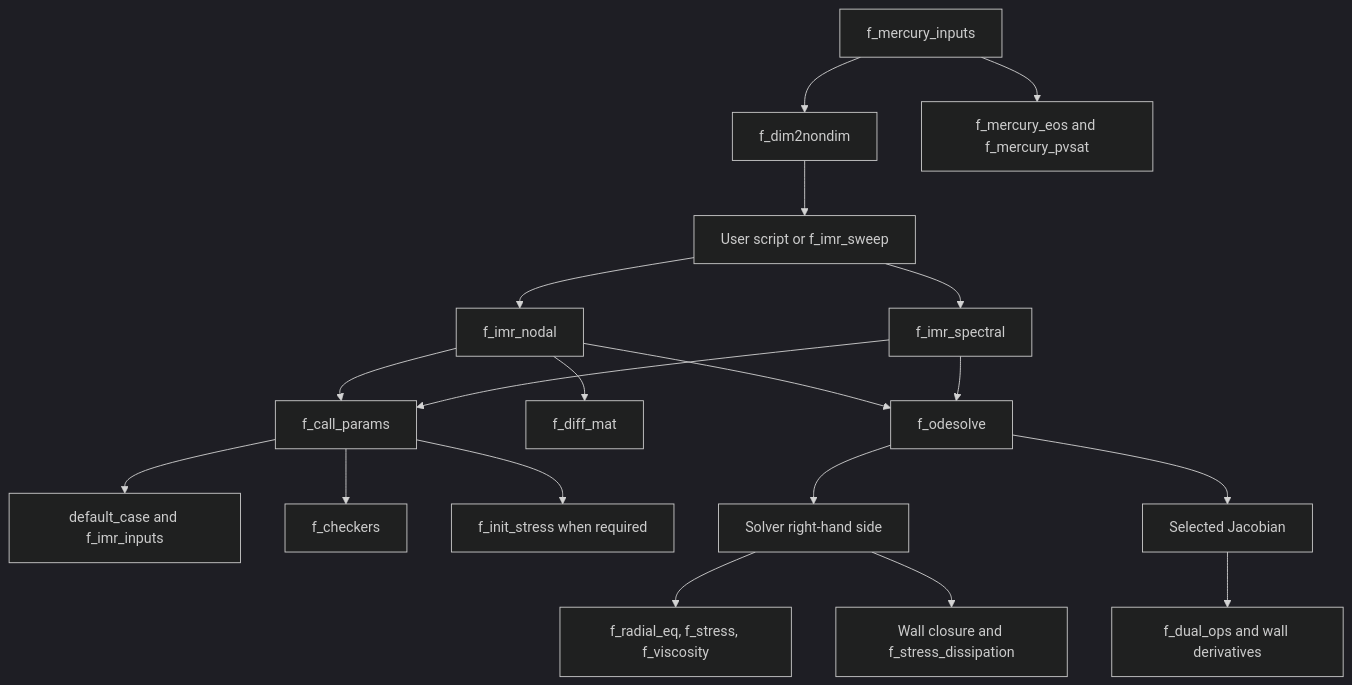
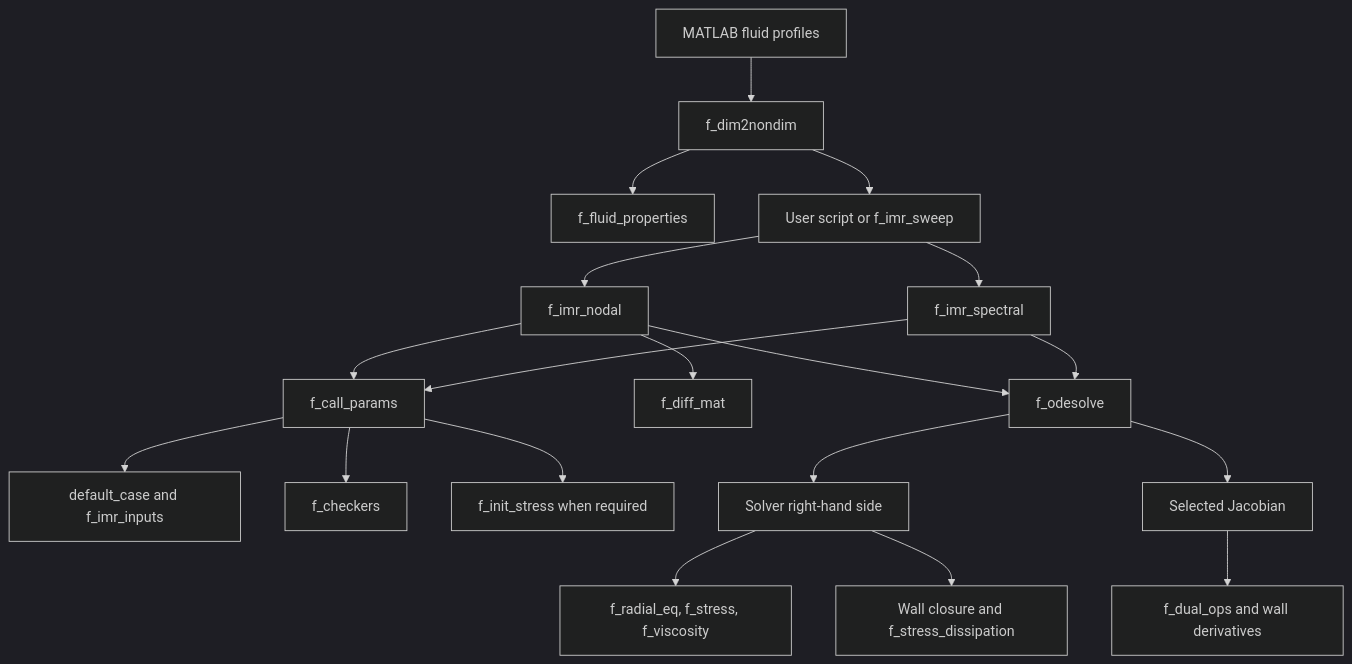
The diagram in docs/reference/code-map.md (ComputationalFlowGroup/IMRv2), drawn with Mermaid (dark theme) before and after one commit. The commit also changed other lines of this file and 26 other files, not shown here.

````diff
--- a/docs/reference/code-map.md
+++ b/docs/reference/code-map.md
@@ -57,21 +54,21 @@
 ```mermaid
 flowchart TD
-  Hg[f_mercury_inputs] --> SI[f_dim2nondim]
-  Hg --> E[f_mercury_eos and f_mercury_pvsat]
-  SI[f_dim2nondim] --> Caller[User script or f_imr_sweep]
+  Profiles[MATLAB fluid profiles] --> SI[f_dim2nondim]
+  SI --> E[f_fluid_properties]
+  SI --> Caller[User script or f_imr_sweep]
   Caller --> N[f_imr_nodal]
   Caller --> S[f_imr_spectral]
   N --> P[f_call_params]
   S --> P
   P --> D[default_case and f_imr_inputs]
   P --> C[f_checkers]
   P --> I[f_init_stress when required]
   N --> G[f_diff_mat]
   N --> O[f_odesolve]
   S --> O
   O --> RHS[Solver right-hand side]
   RHS --> F[f_radial_eq, f_stress, f_viscosity]
   RHS --> H[Wall closure and f_stress_dissipation]
   O --> J[Selected Jacobian]
   J --> Dual[f_dual_ops and wall derivatives]
 ```
````
